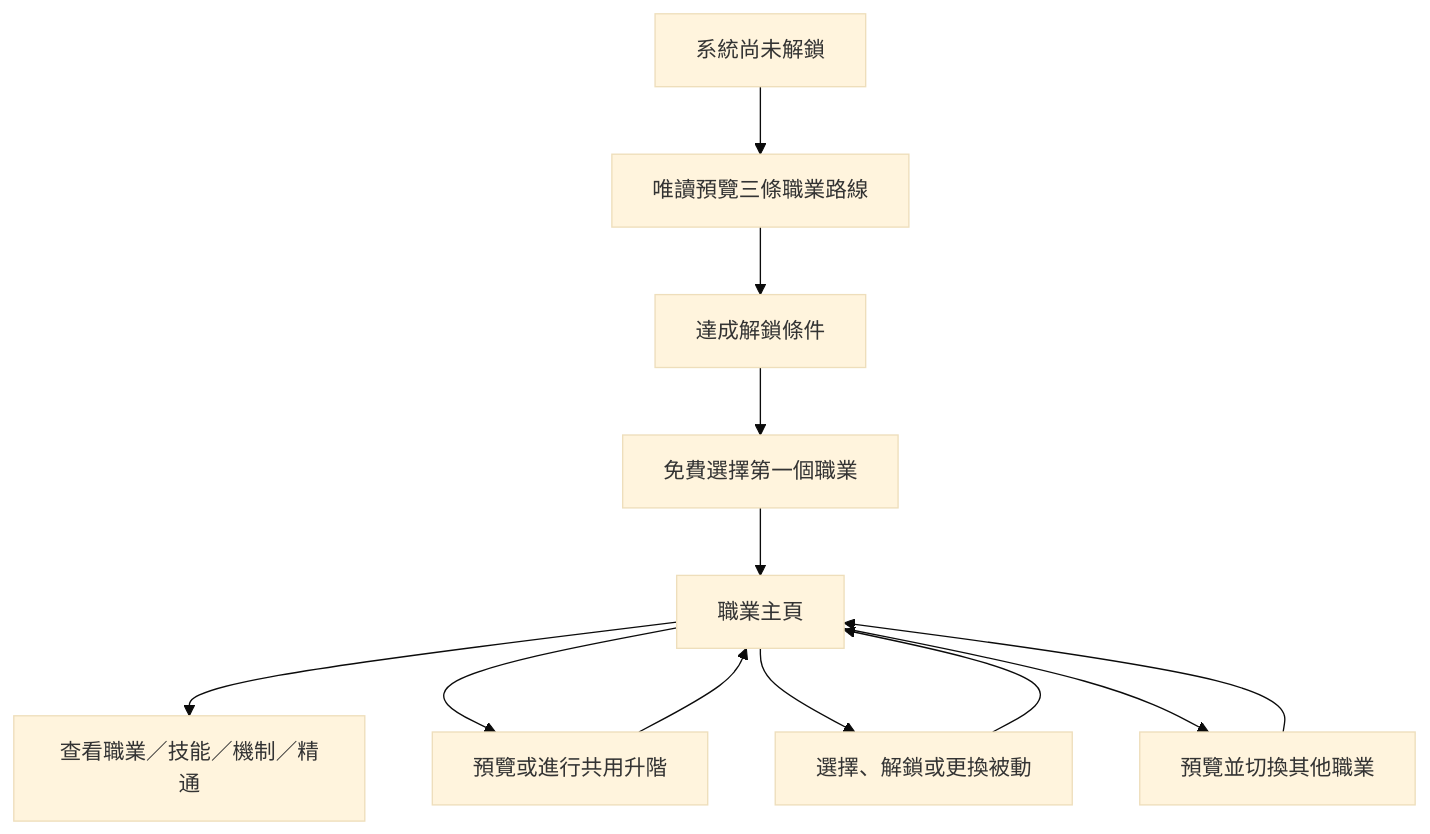
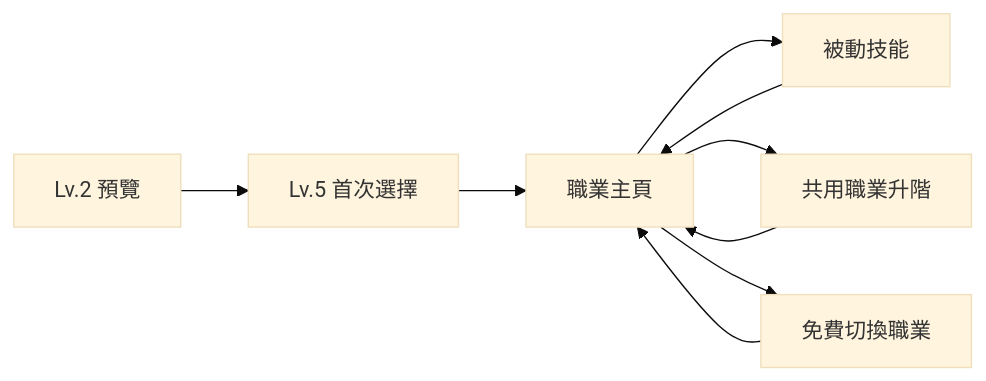
Before and after one commit to hank-jc/career-system-prototype: the first of 2 diagrams in 職業系統設計Review版.md, drawn with Mermaid (base theme). The commit also changed other lines of this file and 5 other files, not shown here.

````diff
--- a/職業系統設計Review版.md
+++ b/職業系統設計Review版.md
@@ -58,14 +9,11 @@
 ```mermaid
-flowchart TD
-    A[系統尚未解鎖] --> B[唯讀預覽三條職業路線]
-    B --> C[達成解鎖條件]
-    C --> D[免費選擇第一個職業]
-    D --> E[職業主頁]
-    E --> F[查看職業／技能／機制／精通]
-    E --> G[預覽或進行共用升階]
-    E --> H[選擇、解鎖或更換被動]
-    E --> I[預覽並切換其他職業]
-    G --> E
-    H --> E
-    I --> E
+flowchart LR
+    A[Lv.2 預覽] --> B[Lv.5 首次選擇]
+    B --> C[職業主頁]
+    C --> D[被動技能]
+    C --> E[共用職業升階]
+    C --> F[免費切換職業]
+    D --> C
+    E --> C
+    F --> C
 ```
````
